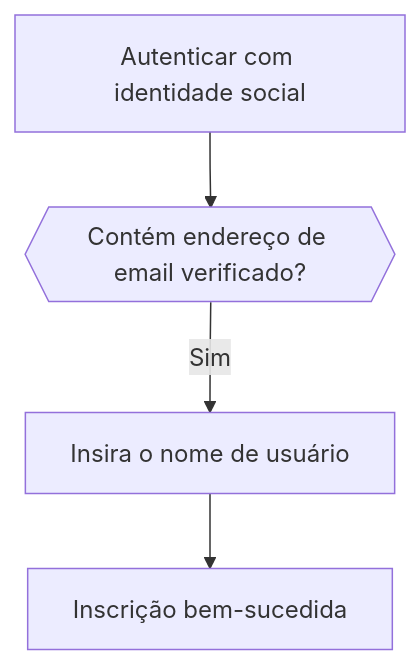
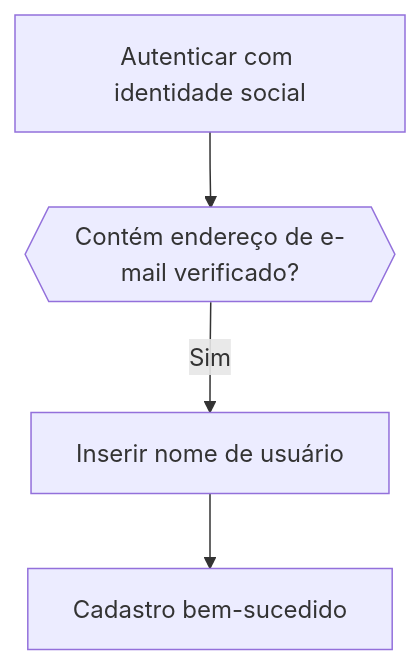
One commit to logto-io/docs changed the third of 6 diagrams in i18n/pt-BR/docusaurus-plugin-content-docs/current/end-user-flows/sign-up-and-sign-in/social-sign-in.mdx. Above: the diagram before and after it, drawn with Mermaid. The commit also changed other lines of this file and 59 other files, not shown here.

````diff
--- a/i18n/pt-BR/docusaurus-plugin-content-docs/current/end-user-flows/sign-up-and-sign-in/social-sign-in.mdx
+++ b/i18n/pt-BR/docusaurus-plugin-content-docs/current/end-user-flows/sign-up-and-sign-in/social-sign-in.mdx
@@ -135,6 +110,6 @@
    ```mermaid
    flowchart TD
-      A[Autenticar com identidade social] --> B{{Contém endereço de email verificado?}}
-      B -- Sim --> C[Insira o nome de usuário]
-      C --> D[Inscrição bem-sucedida]
+      A[Autenticar com identidade social] --> B{{Contém endereço de e-mail verificado?}}
+      B -- Sim --> C[Inserir nome de usuário]
+      C --> D[Cadastro bem-sucedido]
    ```
````
